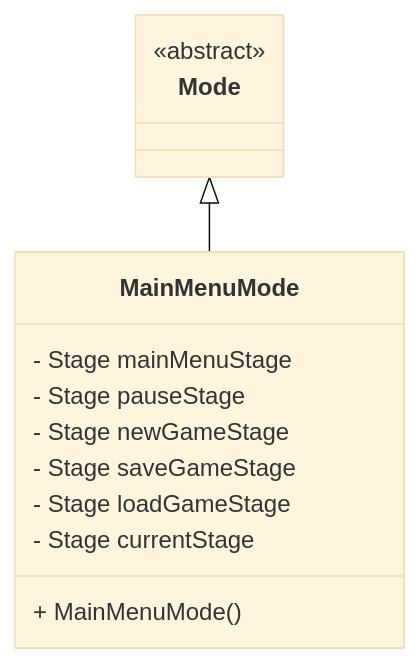
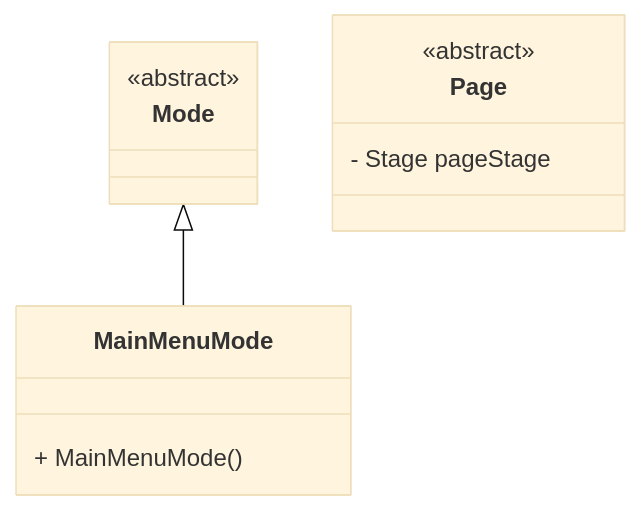
Diagram 36 of 36 in class_design/Version_0_1.md (StrangeClone/GreatGame), drawn with Mermaid (base theme) before and after one commit. The commit also changed other lines of this file and 44 other files, not shown here.

````diff
--- a/class_design/Version_0_1.md
+++ b/class_design/Version_0_1.md
@@ -1570,16 +1570,14 @@
 ```mermaid
 classDiagram
     class Mode {
         <<abstract>>
     }
     class MainMenuMode {
-        - Stage mainMenuStage
-        - Stage pauseStage
-        - Stage newGameStage
-        - Stage saveGameStage
-        - Stage loadGameStage
-        - Stage currentStage
         + MainMenuMode()
     }
     Mode <|-- MainMenuMode
+    class Page {
+        <<abstract>>
+        - Stage pageStage
+    }
 ```
````
